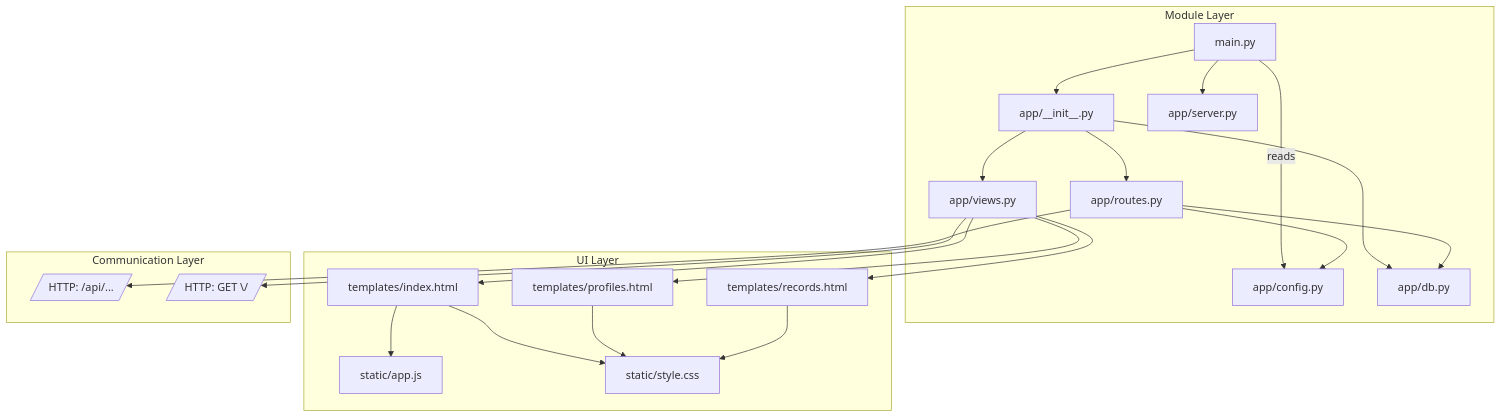
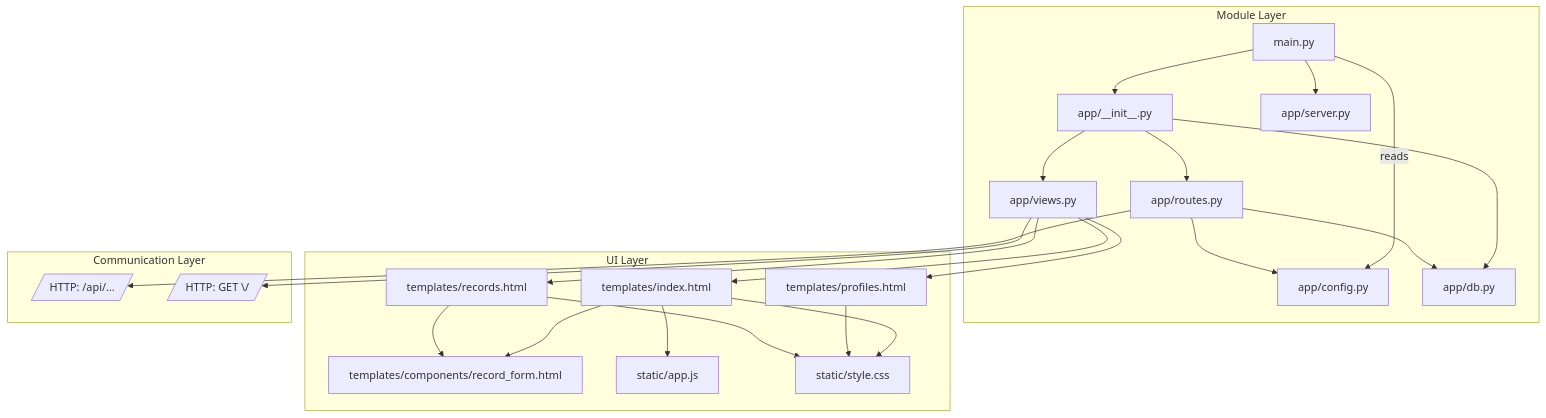
Before and after one commit to kittawat-thongpud/SSH_log_tools: the diagram in docs/module-architecture.md, drawn with Mermaid. The commit also changed 5 other files, not shown here.

Commit message:
feat(ui): reuse record form widget

````diff
--- a/docs/module-architecture.md
+++ b/docs/module-architecture.md
@@ -14,44 +14,47 @@
 ```mermaid
 graph TD
   subgraph Module Layer
     A[main.py]
     B[app/__init__.py]
     C[app/server.py]
     D[app/config.py]
     E[app/routes.py]
     F[app/views.py]
     G[app/db.py]
   end
 
   subgraph UI Layer
     T[templates/index.html]
     TP[templates/profiles.html]
     TR[templates/records.html]
+    RF[templates/components/record_form.html]
     S[static/app.js]
     CSS[static/style.css]
   end
 
   A --> B
   A --> C
   A -->|reads| D
   B --> E
   B --> F
   B --> G
   E --> D
   E --> G
   F --> T
   F --> TP
   F --> TR
   T --> S
   T --> CSS
   TP --> CSS
   TR --> CSS
+  T --> RF
+  TR --> RF
 
   subgraph Communication Layer
     API[/HTTP: /api/.../]
     WEB[/HTTP: GET \//]
   end
 
   E --> API
   F --> WEB
 ```
````
